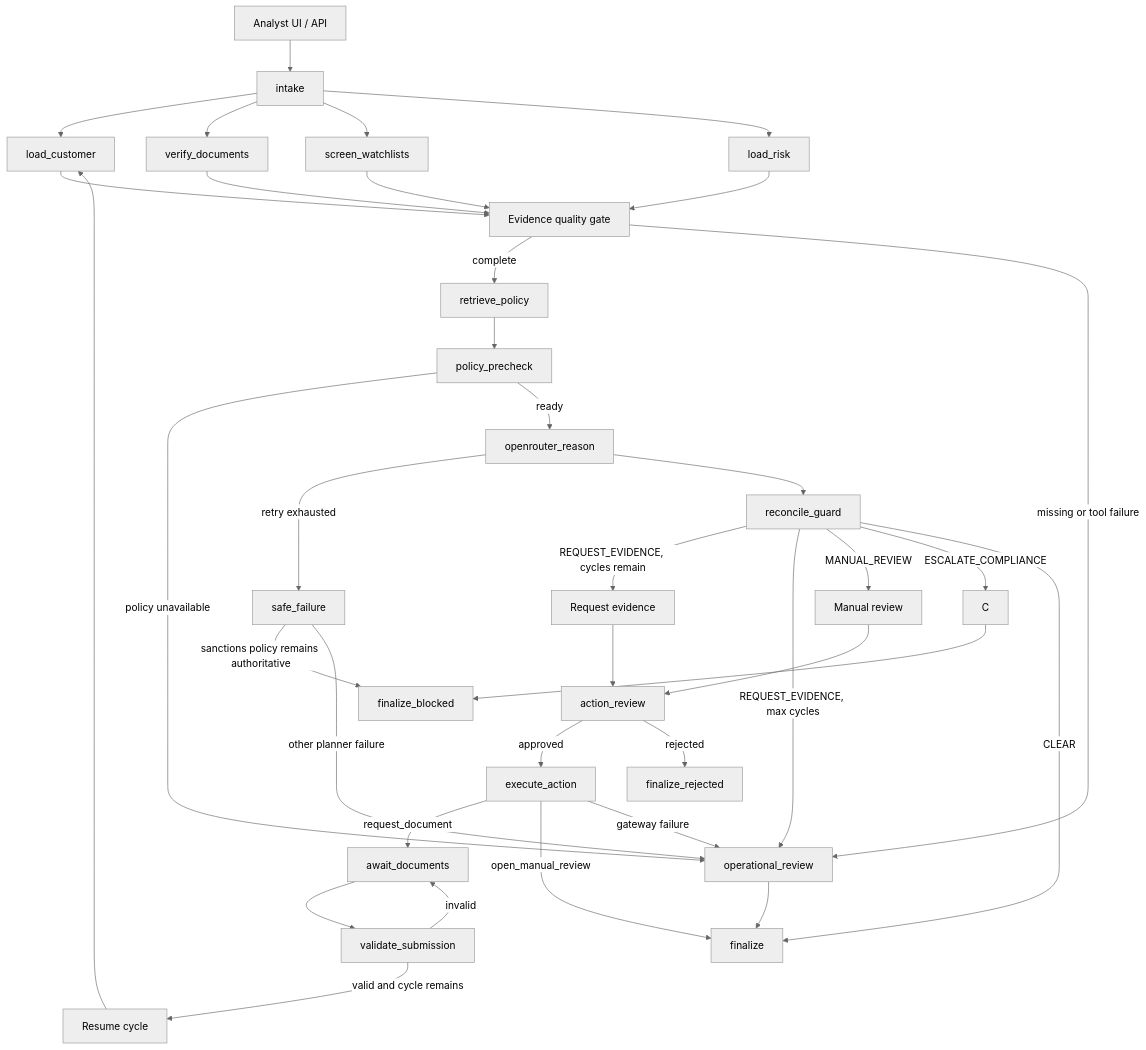
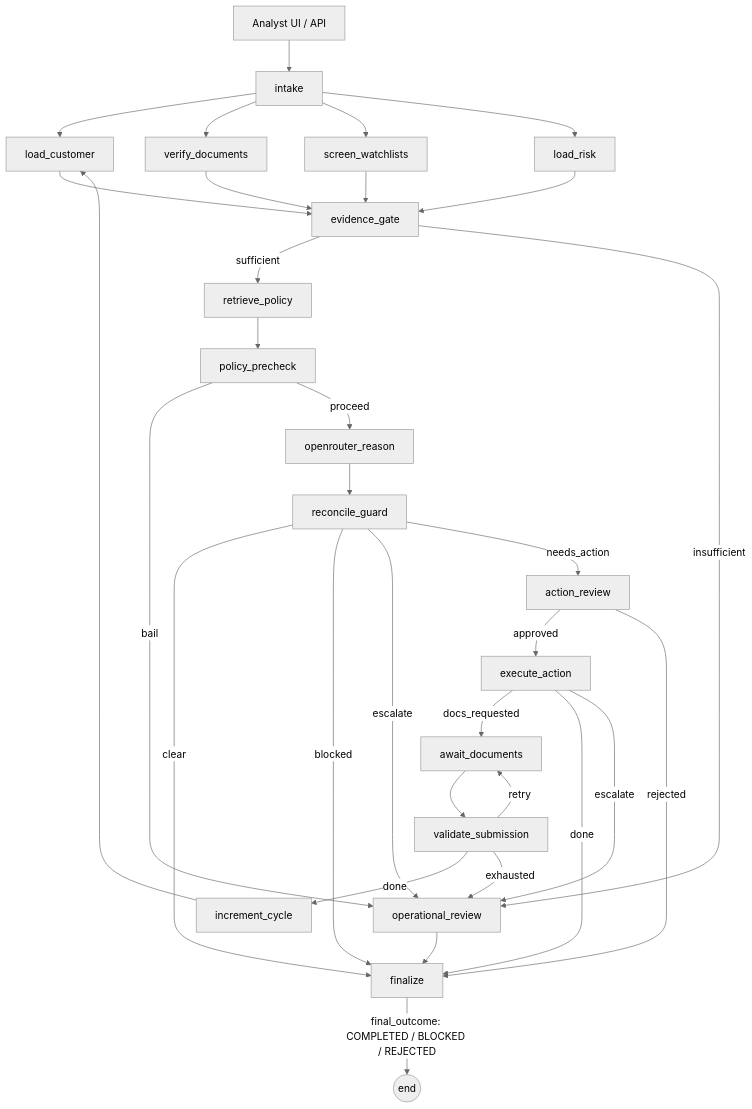
The diagram in docs/ARCHITECTURE.md (vmthanh/kyc-agent-demo), drawn with Mermaid (neutral theme) before and after one commit. The commit also changed other lines of this file and 3 other files, not shown here.

First line of the commit message:
docs: sync README/ARCHITECTURE/slides with FastAPI-Redis split and graph collapse

````diff
--- a/docs/ARCHITECTURE.md
+++ b/docs/ARCHITECTURE.md
@@ -5,39 +5,34 @@
 ```mermaid
 flowchart TB
   UI[Analyst UI / API] --> I[intake]
   I --> G1[load_customer]
   I --> G2[verify_documents]
   I --> G3[screen_watchlists]
   I --> G4[load_risk]
-  G1 --> E[Evidence quality gate]
+  G1 --> E[evidence_gate]
   G2 --> E
   G3 --> E
   G4 --> E
-  E -->|complete| R[retrieve_policy]
-  E -->|missing or tool failure| OPR[operational_review]
+  E -->|sufficient| R[retrieve_policy]
+  E -->|insufficient| OPR[operational_review]
   R --> P[policy_precheck]
-  P -->|policy unavailable| OPR
-  P -->|ready| O[openrouter_reason]
-  F[safe_failure] -->|sanctions policy remains authoritative| B[finalize_blocked]
-  F -->|other planner failure| OPR
-  O -->|retry exhausted| F
+  P -->|bail| OPR
+  P -->|proceed| O[openrouter_reason]
   O --> Q[reconcile_guard]
-  Q -->|REQUEST_EVIDENCE, cycles remain| D[Request evidence]
-  Q -->|REQUEST_EVIDENCE, max cycles| OPR
-  Q -->|MANUAL_REVIEW| M[Manual review]
-  Q -->|ESCALATE_COMPLIANCE| C
-  Q -->|CLEAR| Z[finalize]
-  D --> A[action_review]
-  M --> A
+  Q -->|clear| Z[finalize]
+  Q -->|blocked| Z
+  Q -->|escalate| OPR
+  Q -->|needs_action| A[action_review]
   A -->|approved| X[execute_action]
-  A -->|rejected| ZR[finalize_rejected]
-  X -->|request_document| W[await_documents]
-  X -->|open_manual_review| Z
-  X -->|gateway failure| OPR[operational_review]
+  A -->|rejected| Z
+  X -->|docs_requested| W[await_documents]
+  X -->|done| Z
+  X -->|escalate| OPR
   W --> V[validate_submission]
-  V -->|valid and cycle remains| L[Resume cycle]
-  L --> G1
-  V -->|invalid| W
+  V -->|retry| W
+  V -->|done| N[increment_cycle]
+  V -->|exhausted| OPR
+  N --> G1
   OPR --> Z
-  C --> B
+  Z -->|final_outcome: COMPLETED / BLOCKED / REJECTED| END((end))
 ```
````
